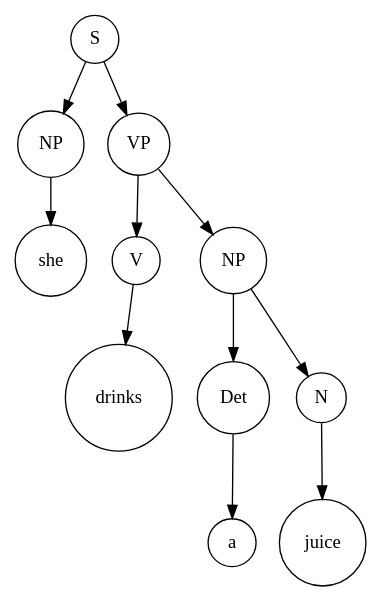
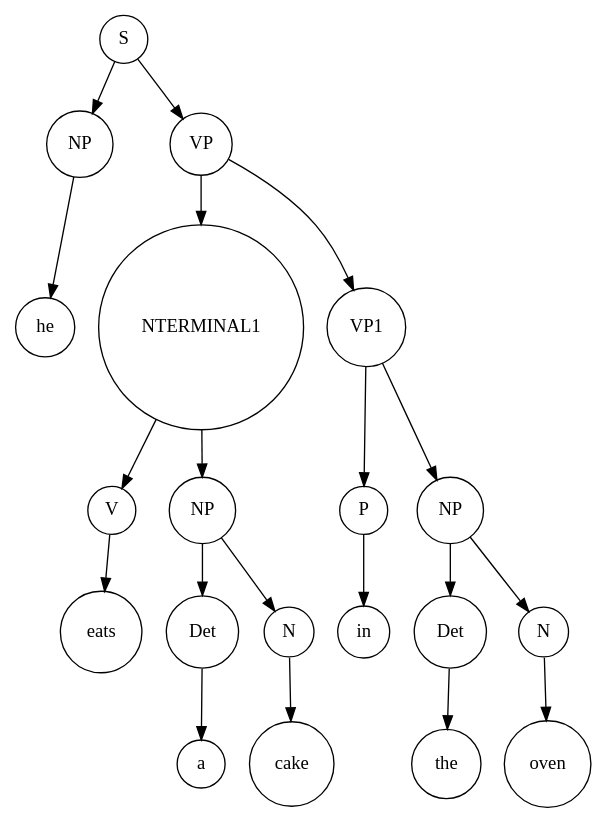
One commit to DiggsPapu/TeoriaComputacion changed the diagram in parse_tree.dot. Above: the diagram before and after it, drawn with Graphviz. The commit also changed 3 other files, not shown here.

```diff
--- a/parse_tree.dot
+++ b/parse_tree.dot
@@ -1,25 +1,43 @@
 digraph AFD{
 node [shape=circle];
 rankdir=UD;
 S [shape=circle] [label="S"];
 NP [shape=circle] [label="NP"];
-she [shape=circle] [label="she"];
+he [shape=circle] [label="he"];
 VP [shape=circle] [label="VP"];
+NTERMINAL1 [shape=circle] [label="NTERMINAL1"];
 V [shape=circle] [label="V"];
-drinks [shape=circle] [label="drinks"];
+eats [shape=circle] [label="eats"];
 NP_2 [shape=circle] [label="NP"];
 Det [shape=circle] [label="Det"];
 a [shape=circle] [label="a"];
 N [shape=circle] [label="N"];
-juice [shape=circle] [label="juice"];
+cake [shape=circle] [label="cake"];
+VP1 [shape=circle] [label="VP1"];
+P [shape=circle] [label="P"];
+in [shape=circle] [label="in"];
+NP_3 [shape=circle] [label="NP"];
+Det_2 [shape=circle] [label="Det"];
+the [shape=circle] [label="the"];
+N_2 [shape=circle] [label="N"];
+oven [shape=circle] [label="oven"];
 S->NP;
-NP->she;
+NP->he;
 S->VP;
-VP->V;
-V->drinks;
-VP->NP_2;
+VP->NTERMINAL1;
+NTERMINAL1->V;
+V->eats;
+NTERMINAL1->NP_2;
 NP_2->Det;
 Det->a;
 NP_2->N;
-N->juice;
+N->cake;
+VP->VP1;
+VP1->P;
+P->in;
+VP1->NP_3;
+NP_3->Det_2;
+Det_2->the;
+NP_3->N_2;
+N_2->oven;
 }
```
